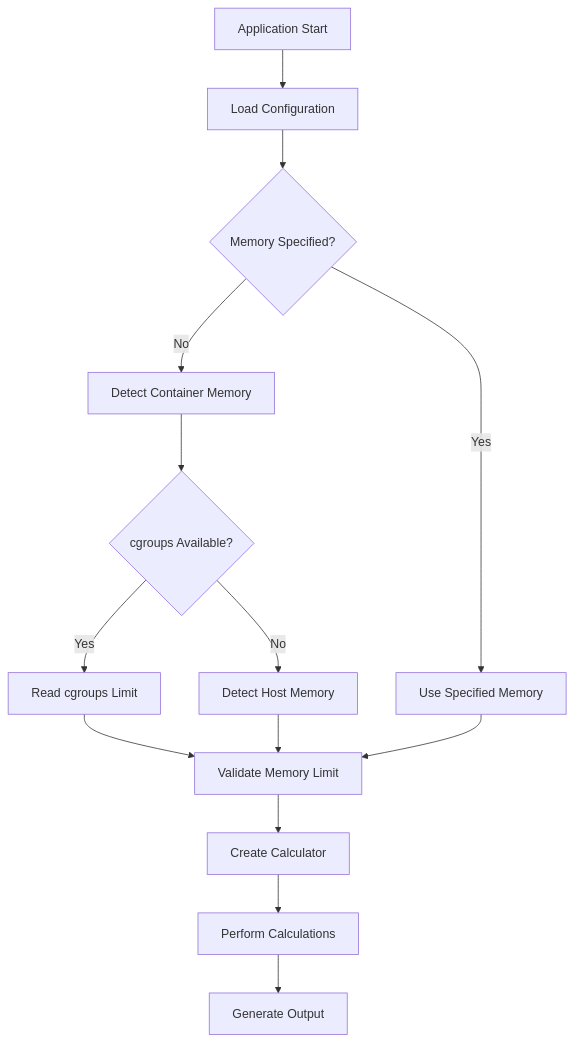
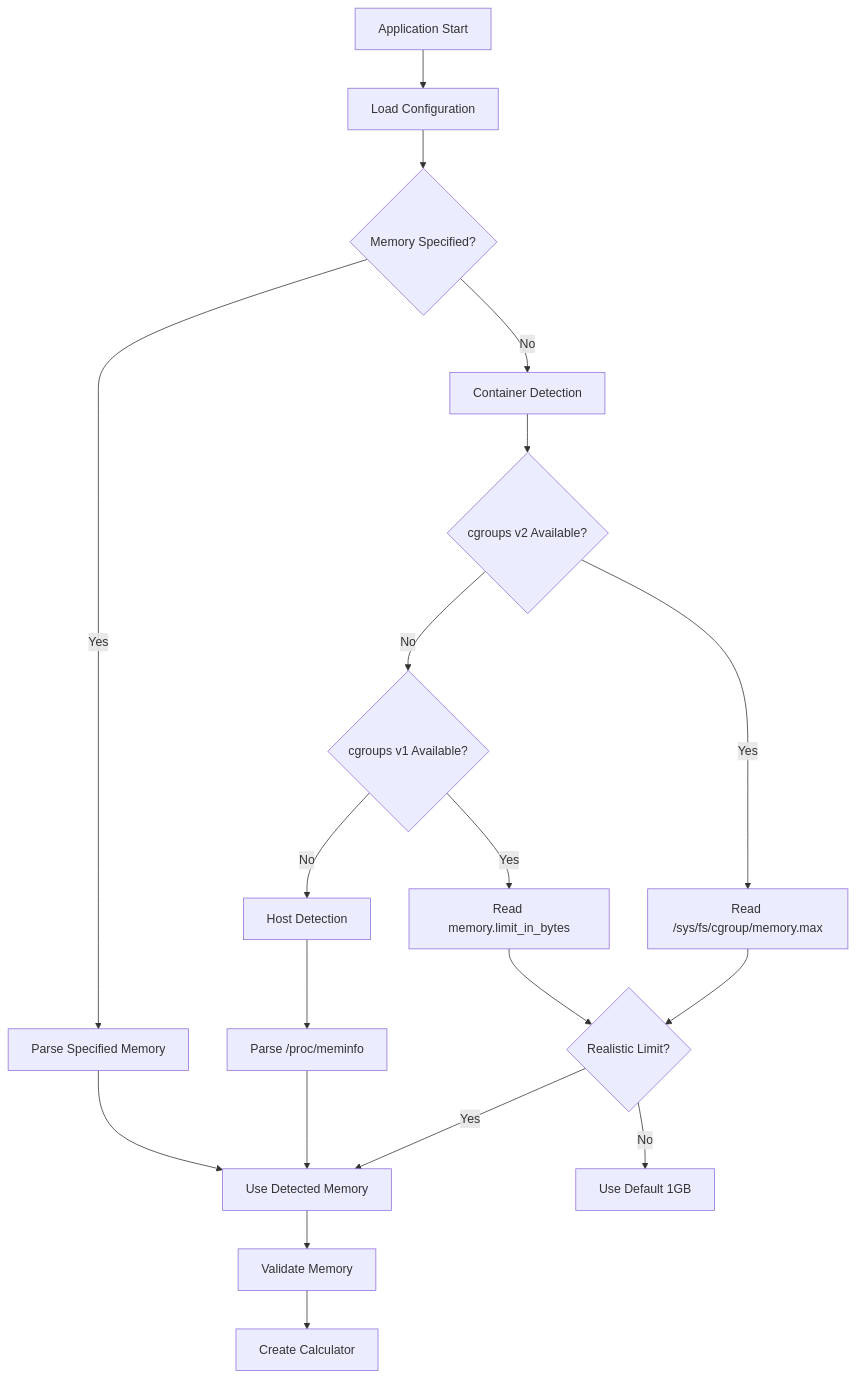
One commit to patbaumgartner/memory-calculator changed the first of 3 diagrams in ARCHITECTURE.md. Above: the diagram before and after it, drawn with Mermaid. The commit also changed other lines of this file and 8 other files, not shown here.

````diff
--- a/ARCHITECTURE.md
+++ b/ARCHITECTURE.md
@@ -228,16 +354,26 @@
 ```mermaid
 graph TD
     A[Application Start] --> B[Load Configuration]
     B --> C{Memory Specified?}
-    C -->|Yes| D[Use Specified Memory]
-    C -->|No| E[Detect Container Memory]
-    E --> F{cgroups Available?}
-    F -->|Yes| G[Read cgroups Limit]
-    F -->|No| H[Detect Host Memory]
-    G --> I[Validate Memory Limit]
-    H --> I
-    D --> I
-    I --> J[Create Calculator]
-    J --> K[Perform Calculations]
-    K --> L[Generate Output]
+    C -->|Yes| D[Parse Specified Memory]
+    C -->|No| E[Container Detection]
+    
+    E --> F{cgroups v2 Available?}
+    F -->|Yes| G[Read /sys/fs/cgroup/memory.max]
+    F -->|No| H{cgroups v1 Available?}
+    
+    H -->|Yes| I[Read memory.limit_in_bytes]
+    H -->|No| J[Host Detection]
+    
+    G --> K{Realistic Limit?}
+    I --> K
+    J --> L[Parse /proc/meminfo]
+    
+    K -->|Yes| M[Use Detected Memory]
+    K -->|No| N[Use Default 1GB]
+    L --> M
+    D --> M
+    
+    M --> O[Validate Memory]
+    O --> P[Create Calculator]
 ```
````
